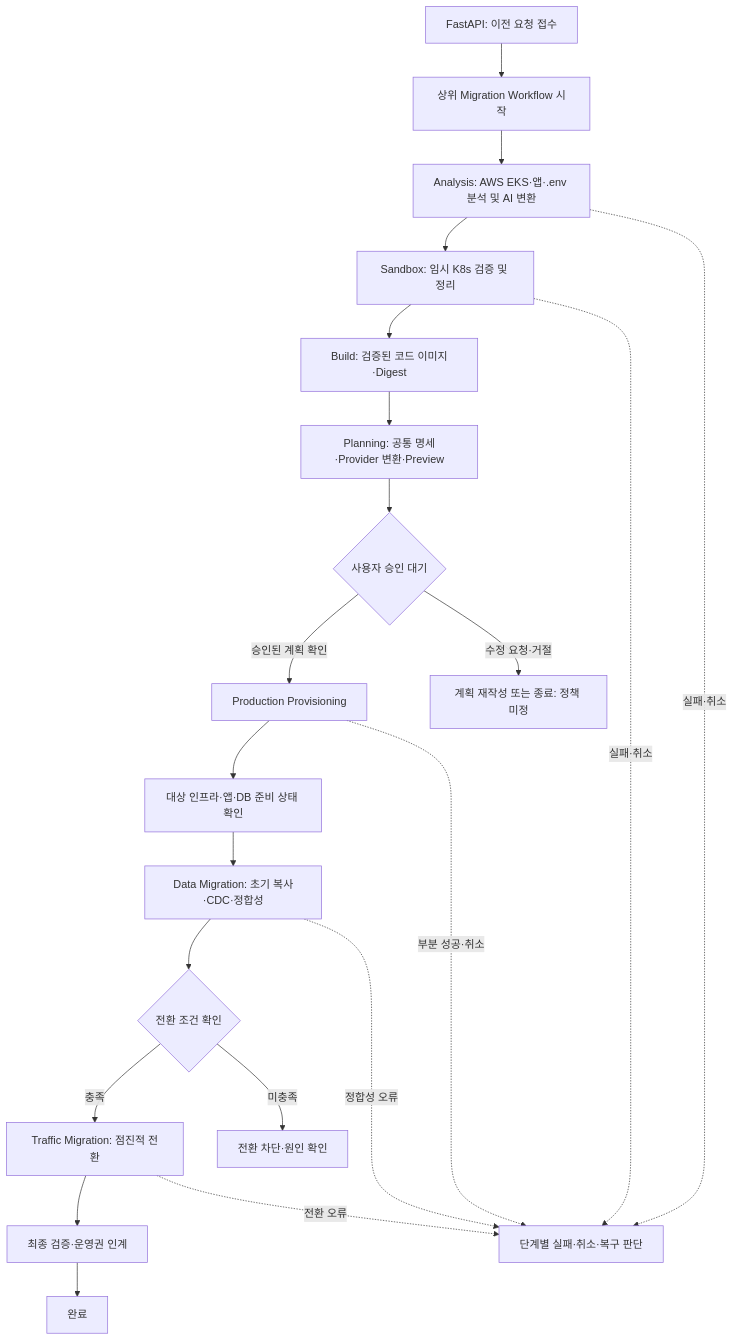
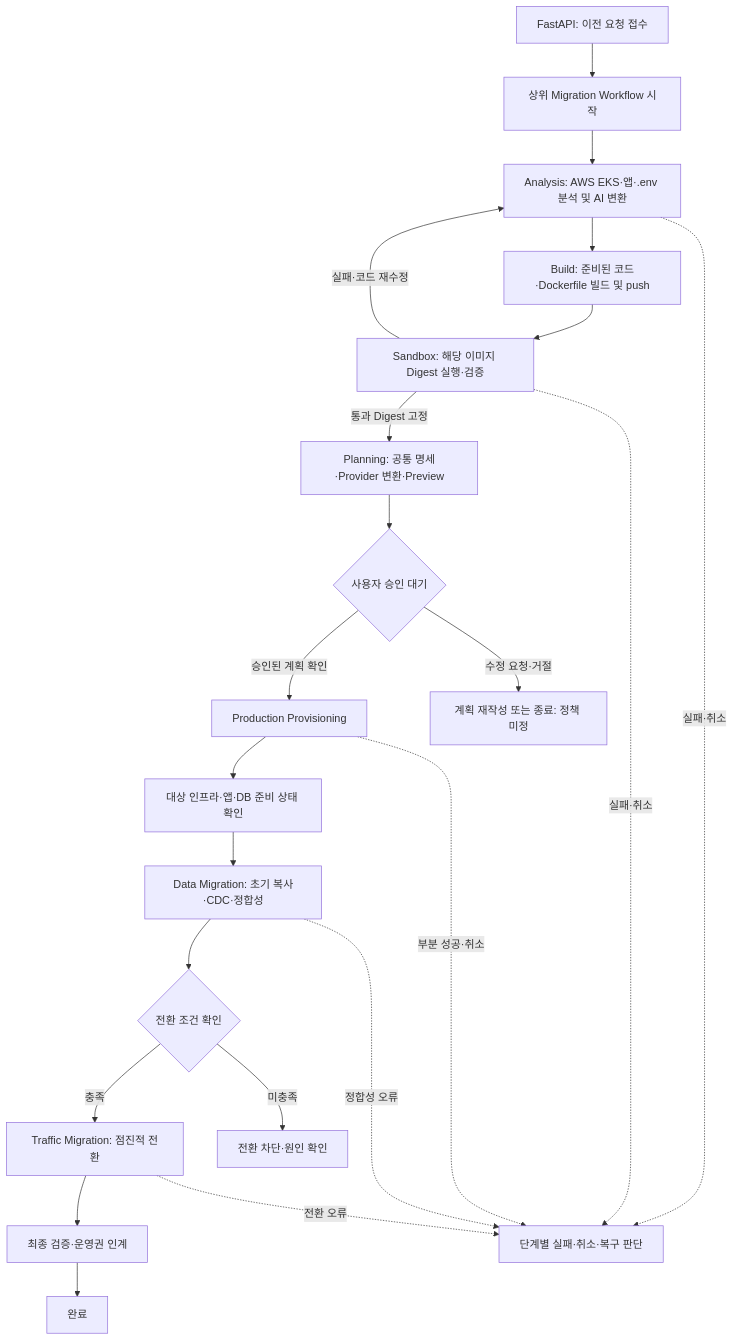
Before and after one commit to SoftBank-Hackathon-2026-Team-Jackal/cloud-migration-platform: the diagram in docs/architecture/temporal-flow.md, drawn with Mermaid. The commit also changed other lines of this file and 10 other files, not shown here.

Commit message:
docs: align image build and Sandbox digest policy (#15, #17)

````diff
--- a/docs/architecture/temporal-flow.md
+++ b/docs/architecture/temporal-flow.md
@@ -34,23 +34,24 @@
 ```mermaid
 flowchart TD
     A[FastAPI: 이전 요청 접수] --> B[상위 Migration Workflow 시작]
     B --> C[Analysis: AWS EKS·앱·.env 분석 및 AI 변환]
-    C --> D[Sandbox: 임시 K8s 검증 및 정리]
-    D --> E[Build: 검증된 코드 이미지·Digest]
-    E --> F[Planning: 공통 명세·Provider 변환·Preview]
+    C --> E[Build: 준비된 코드·Dockerfile 빌드 및 push]
+    E --> D[Sandbox: 해당 이미지 Digest 실행·검증]
+    D -->|실패·코드 재수정| C
+    D -->|통과 Digest 고정| F[Planning: 공통 명세·Provider 변환·Preview]
     F --> G{사용자 승인 대기}
     G -->|승인된 계획 확인| H[Production Provisioning]
     G -->|수정 요청·거절| X[계획 재작성 또는 종료: 정책 미정]
     H --> I[대상 인프라·앱·DB 준비 상태 확인]
     I --> J[Data Migration: 초기 복사·CDC·정합성]
     J --> K{전환 조건 확인}
     K -->|충족| L[Traffic Migration: 점진적 전환]
     K -->|미충족| Y[전환 차단·원인 확인]
     L --> M[최종 검증·운영권 인계]
     M --> N[완료]
     C -. 실패·취소 .-> Z[단계별 실패·취소·복구 판단]
     D -. 실패·취소 .-> Z
     H -. 부분 성공·취소 .-> Z
     J -. 정합성 오류 .-> Z
     L -. 전환 오류 .-> Z
 ```
````
